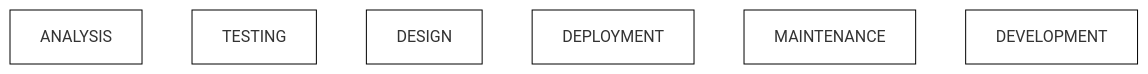
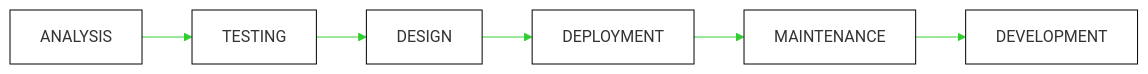
One commit to skills-dev/merge-of-legends changed the diagram in .github/steps/3-2-ducky-talk.md. Above: the diagram before and after it, drawn with Mermaid.

Commit message:
Change line color in mermaid diagram
Updated the line color in the mermaid diagram for better visibility.

````diff
--- a/.github/steps/3-2-ducky-talk.md
+++ b/.github/steps/3-2-ducky-talk.md
@@ -9,5 +9,5 @@
 ```mermaid
-%%{init: {'theme': 'base', 'themeVariables': {'mainBkg': '#ffffff', 'nodeTextColor': '#000000', 'nodeBorder': '#000000', 'lineColor': '#ffffff'}}}%%
+%%{init: {'theme': 'base', 'themeVariables': {'mainBkg': '#ffffff', 'nodeTextColor': '#000000', 'nodeBorder': '#000000', 'lineColor': '#32CD32'}}}%%
 graph LR
     A[ANALYSIS] --> B[TESTING] --> C[DESIGN] --> D[DEPLOYMENT] --> E[MAINTENANCE] --> F[DEVELOPMENT]
 ```
````
